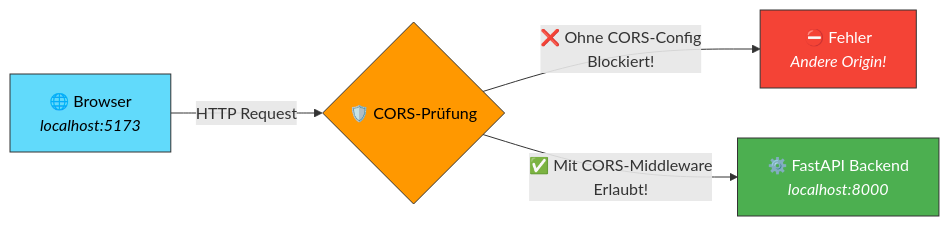
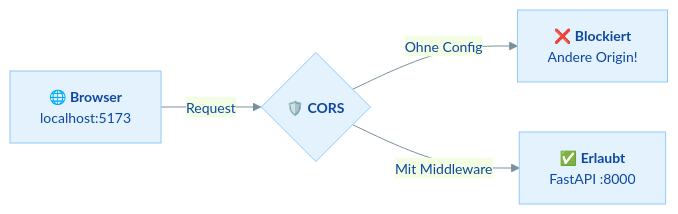
Before and after one commit to JacobMenge/kurs-25-06: the second of 5 diagrams in docs/modul-3/woche-6/wochenprojekt-fullstack-react-fastapi.md, drawn with Mermaid. The commit also changed other lines of this file and 6 other files, not shown here.

````diff
--- a/docs/modul-3/woche-6/wochenprojekt-fullstack-react-fastapi.md
+++ b/docs/modul-3/woche-6/wochenprojekt-fullstack-react-fastapi.md
@@ -141,11 +143,12 @@
 ```mermaid
+%%{init: {'theme': 'base', 'themeVariables': {'primaryColor': '#e3f2fd', 'primaryTextColor': '#0d47a1', 'primaryBorderColor': '#90caf9', 'lineColor': '#78909c', 'fontSize': '14px'}}}%%
 graph LR
-    A["🌐 Browser<br/><i>localhost:5173</i>"] -- "HTTP Request" --> B{"🛡️ CORS-Prüfung"}
-    B -- "❌ Ohne CORS-Config<br/>Blockiert!" --> C["⛔ Fehler<br/><i>Andere Origin!</i>"]
-    B -- "✅ Mit CORS-Middleware<br/>Erlaubt!" --> D["⚙️ FastAPI Backend<br/><i>localhost:8000</i>"]
+    A["🌐 <b>Browser</b><br/>localhost:5173"]
+    B{"🛡️ <b>CORS</b>"}
+    C["❌ <b>Blockiert</b><br/>Andere Origin!"]
+    D["✅ <b>Erlaubt</b><br/>FastAPI :8000"]
 
-    style A fill:#61dafb,stroke:#333,color:#000
-    style B fill:#ff9800,stroke:#333,color:#000
-    style C fill:#f44336,stroke:#333,color:#fff
-    style D fill:#4caf50,stroke:#333,color:#fff
+    A -- "Request" --> B
+    B -- "Ohne Config" --> C
+    B -- "Mit Middleware" --> D
 ```
````
